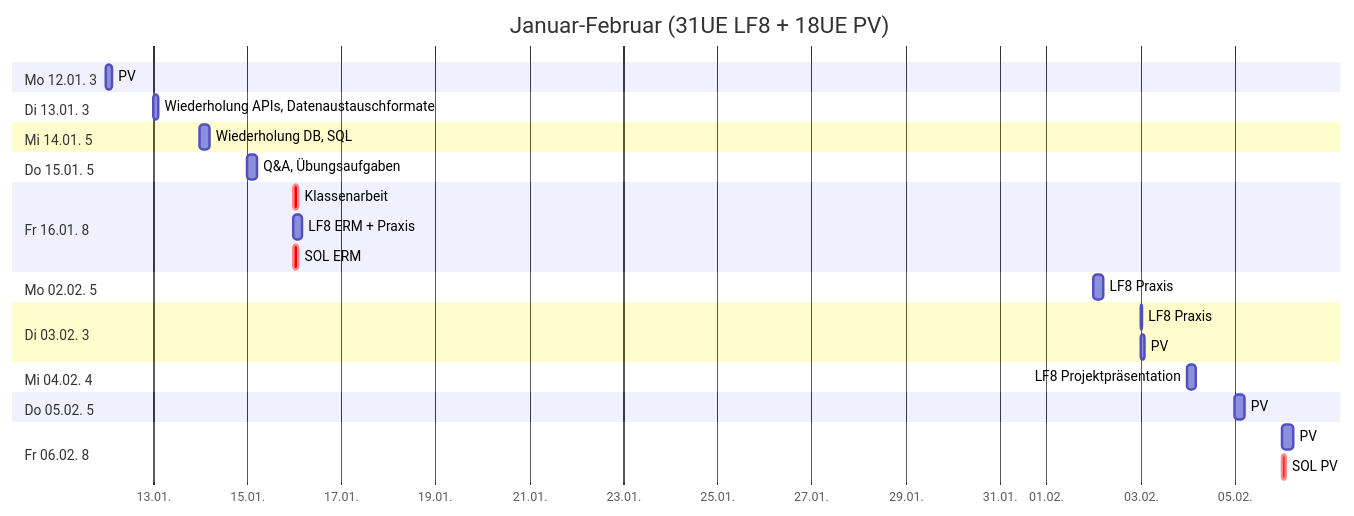
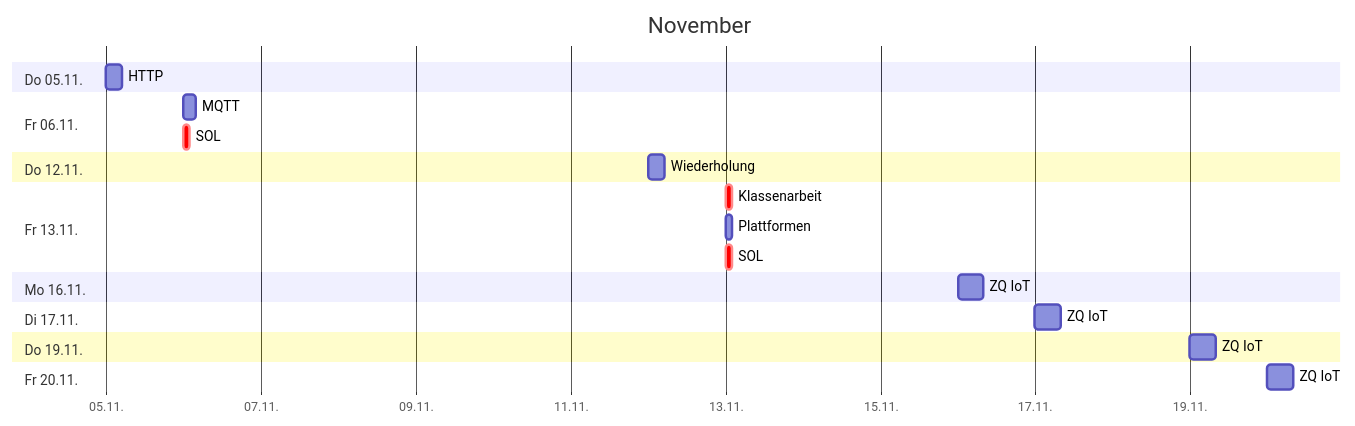
The second of 4 diagrams in src/plan.md (johannesloetzsch/LF7), drawn with Mermaid before and after one commit. The commit also changed other lines of this file, not shown here.

````diff
--- a/src/plan.md
+++ b/src/plan.md
@@ -70,30 +24,25 @@
 ```mermaid
 gantt
- title Januar-Februar (31UE LF8 + 18UE PV)
+ title November
  dateFormat YYYY-MM-DD
  axisFormat %d.%m.
- section Mo 12.01. 3
-  PV                         :2026-01-12, 3h
- section Di 13.01. 3
-  Wiederholung APIs, Datenaustauschformate  :2026-01-13, 3h
- section Mi 14.01. 5
-  Wiederholung DB, SQL       :2026-01-14, 5h
- section Do 15.01. 5
-  Q&A, Übungsaufgaben        :2026-01-15, 5h
- section Fr 16.01. 8
-  Klassenarbeit              :crit, 2026-01-16, 2h
-  LF8 ERM + Praxis           :2026-01-16, 4h
-  SOL ERM                    :crit, 2026-01-16, 2h
- section Mo 02.02. 5
-  LF8 Praxis                 :2026-02-02, 5h
- section Di 03.02. 3
-  LF8 Praxis                 :2026-02-03, 1h
-  PV                         :2026-02-03, 2h
- section Mi 04.02. 4
-  LF8 Projektpräsentation    :2026-02-04, 4h
- section Do 05.02. 5
-  PV                         :2026-02-05, 5h
- section Fr 06.02. 8
-  PV                         :2026-02-06, 6h
-  SOL PV                     :crit, 2026-02-06, 2h
+ section Do 05.11.
+  HTTP                        :2026-11-05, 5h
+ section Fr 06.11.
+  MQTT                        :2026-11-06, 4h
+  SOL                         :crit, 2026-11-06, 2h
+ section Do 12.11.
+  Wiederholung                :2026-11-12, 5h
+ section Fr 13.11.
+  Klassenarbeit               :crit, 2026-11-13, 2h
+  Plattformen                 :2026-11-13, 2h
+  SOL                         :crit, 2026-11-13, 2h
+ section Mo 16.11.
+  ZQ IoT                      :2026-11-16, 8h
+ section Di 17.11.
+  ZQ IoT                      :2026-11-17, 8h
+ section Do 19.11.
+  ZQ IoT                      :2026-11-19, 8h
+ section Fr 20.11.
+  ZQ IoT                      :2026-11-20, 8h
 ```
````
